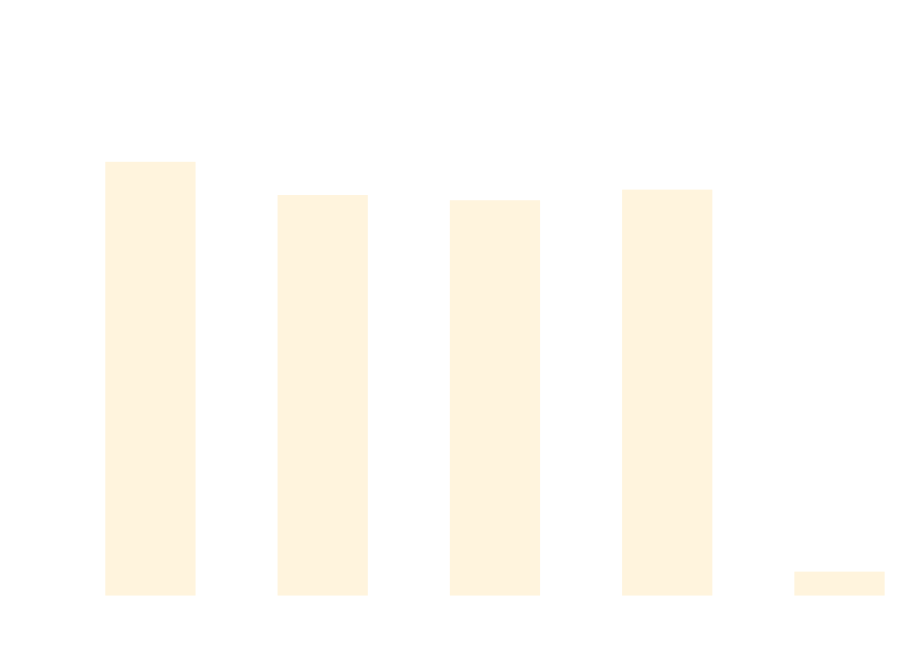
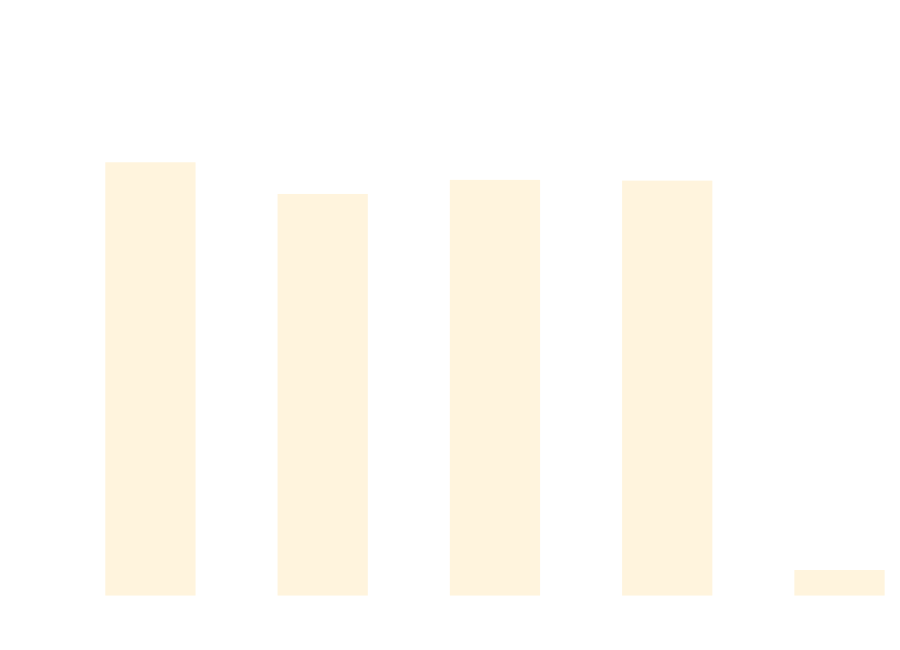
The diagram in docs/docs/benchmarks/DataDrivenTests.md (thomhurst/TUnit), drawn with Mermaid before and after one commit. The commit also changed other lines of this file and 16 other files, not shown here.

````diff
--- a/docs/docs/benchmarks/DataDrivenTests.md
+++ b/docs/docs/benchmarks/DataDrivenTests.md
@@ -27,37 +27,37 @@
 ```mermaid
 %%{init: {
   'theme':'base',
   'themeVariables': {
     'primaryColor': '#2563eb',
     'primaryTextColor': '#ffffff',
     'primaryBorderColor': '#1e40af',
     'lineColor': '#6b7280',
     'secondaryColor': '#7c3aed',
     'tertiaryColor': '#dc2626',
     'background': '#ffffff',
     'mainBkg': '#2563eb',
     'secondBkg': '#7c3aed',
     'tertiaryBkg': '#dc2626',
     'clusterBkg': '#f3f4f6',
     'edgeLabelBackground': '#ffffff',
     'tertiaryTextColor': '#1f2937',
     'pie1': '#2563eb',
     'pie2': '#7c3aed',
     'pie3': '#dc2626',
     'pie4': '#f59e0b',
     'pie5': '#10b981',
     'pie6': '#06b6d4',
     'pie7': '#ec4899',
     'pie8': '#6366f1',
     'pie9': '#84cc16',
     'pie10': '#f97316',
     'pie11': '#14b8a6',
     'pie12': '#a855f7'
   }
 }}%%
 xychart-beta
   title "DataDrivenTests Performance Comparison"
   x-axis ["TUnit", "NUnit", "MSTest", "xUnit3", "TUnit_AOT"]
-  y-axis "Time (ms)" 0 --> 874
-  bar [728.33, 671.22, 662.29, 680.51, 24.29]
+  y-axis "Time (ms)" 0 --> 763
+  bar [635.1, 587.59, 608.72, 607.6, 23.59]
 ```
````
